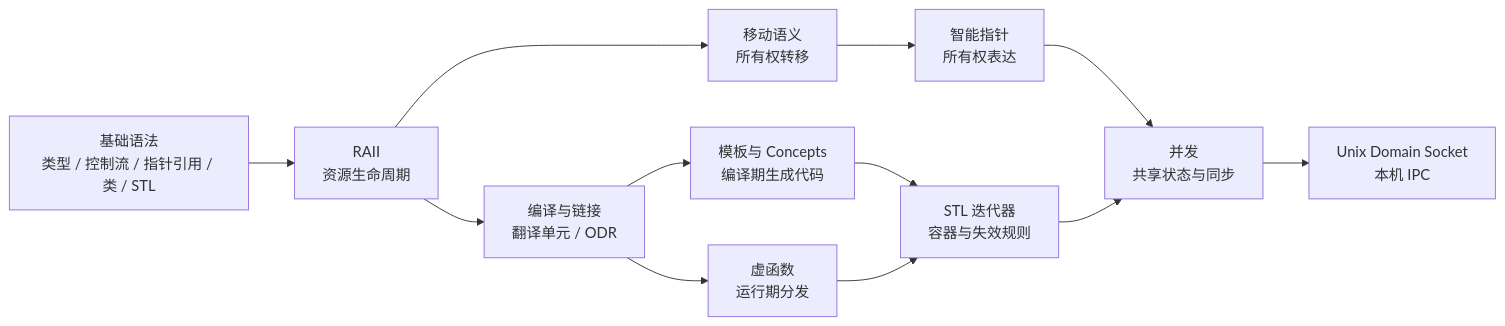
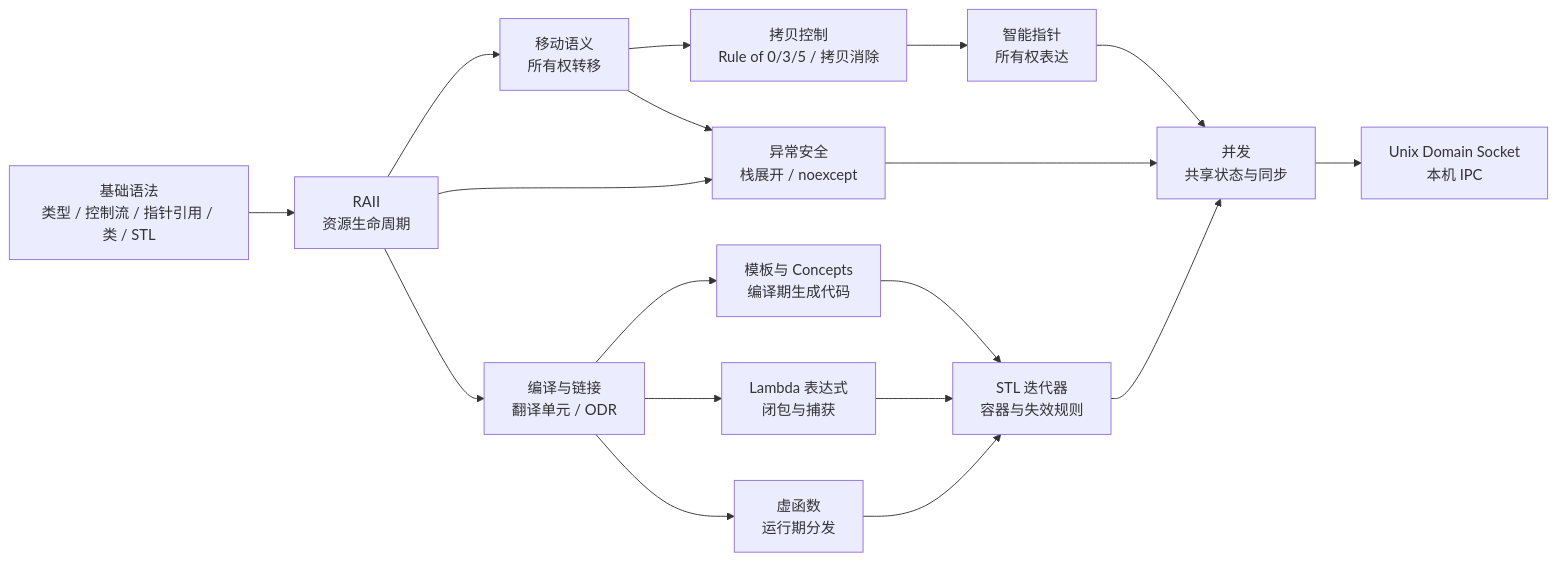
Before and after one commit to qknow-0/blog: the diagram in languages/cpp/index.md, drawn with Mermaid. The commit also changed other lines of this file and 4 other files, not shown here.

````diff
--- a/languages/cpp/index.md
+++ b/languages/cpp/index.md
@@ -32,14 +35,20 @@
 ```mermaid
 flowchart LR
     Z["基础语法<br/>类型 / 控制流 / 指针引用 / 类 / STL"] --> A["RAII<br/>资源生命周期"]
     A --> B["移动语义<br/>所有权转移"]
-    B --> C["智能指针<br/>所有权表达"]
+    B --> CC["拷贝控制<br/>Rule of 0/3/5 / 拷贝消除"]
+    CC --> C["智能指针<br/>所有权表达"]
+    A --> EX["异常安全<br/>栈展开 / noexcept"]
+    B --> EX
     A --> D["编译与链接<br/>翻译单元 / ODR"]
     D --> E["模板与 Concepts<br/>编译期生成代码"]
+    D --> L["Lambda 表达式<br/>闭包与捕获"]
     D --> F["虚函数<br/>运行期分发"]
     E --> G["STL 迭代器<br/>容器与失效规则"]
     F --> G
+    L --> G
     C --> H["并发<br/>共享状态与同步"]
     G --> H
+    EX --> H
     H --> I["Unix Domain Socket<br/>本机 IPC"]
 ```
````
